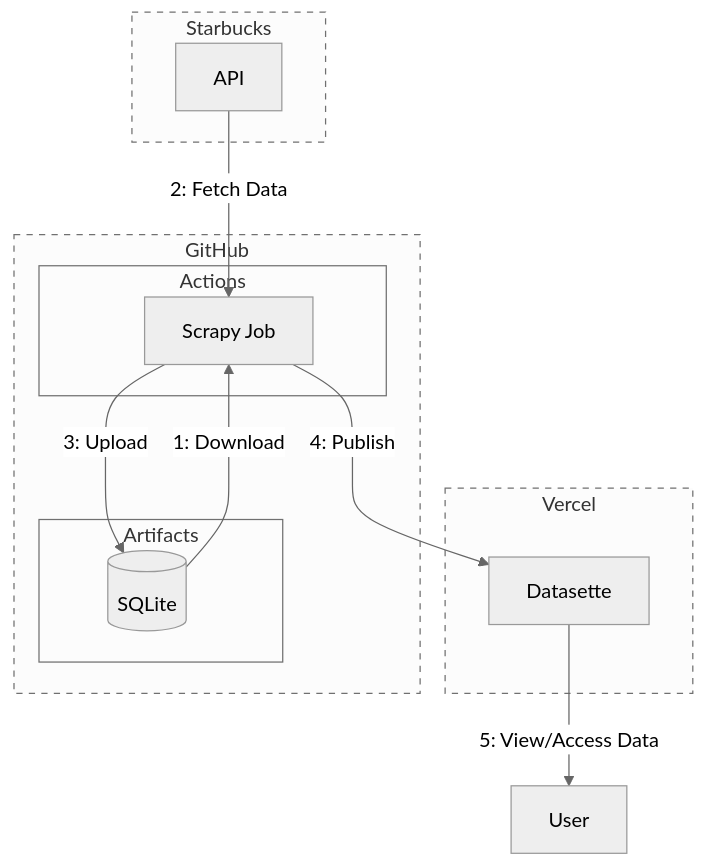
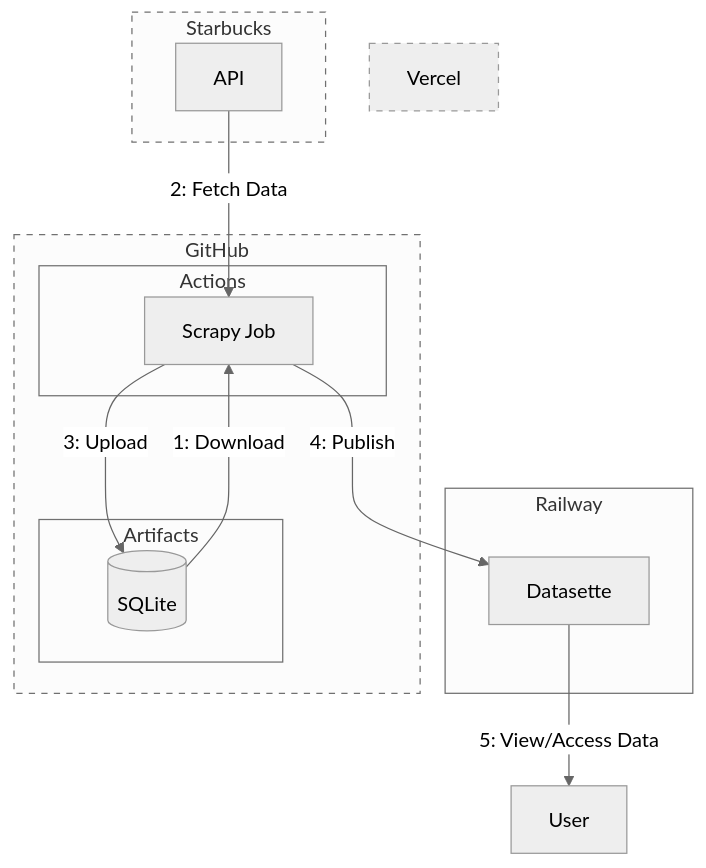
Before and after one commit to ngshiheng/starbucksdb: the first of 2 diagrams in README.md, drawn with Mermaid (neutral theme). The commit also changed 1 other file, not shown here.

Commit message:
ci: add extra options to datasette package command

````diff
--- a/README.md
+++ b/README.md
@@ -9,34 +9,34 @@
 ```mermaid
 graph TB
-    subgraph Vercel
+    subgraph Railway
         deployment[Datasette]
-        class deployment vercel;
+        class deployment railway;
     end
 
     subgraph GitHub
         subgraph Actions
             scraper[Scrapy Job]
             class scraper actions;
         end
         subgraph Artifacts
             db[(SQLite)]
             class db artifacts;
         end
     end
 
     subgraph Starbucks
         api[API]
         class api starbucks;
     end
 
     db --> |1: Download| scraper
     api --> |2: Fetch Data| scraper
     scraper --> |3: Upload| db
     scraper --> |4: Publish| deployment
     deployment --> |5: View/Access Data| client[User]
 
     %% Apply dotted line styles
     style Vercel stroke-dasharray: 5 5;
     style GitHub stroke-dasharray: 5 5;
     style Starbucks stroke-dasharray: 5 5;
 ```
````
